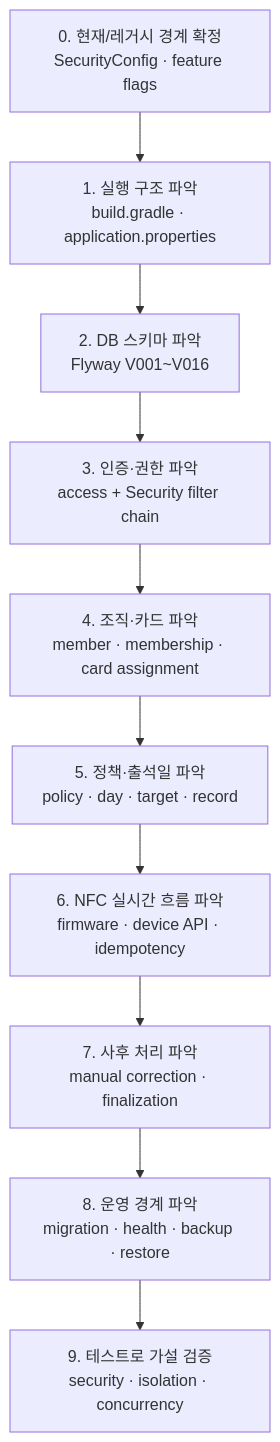
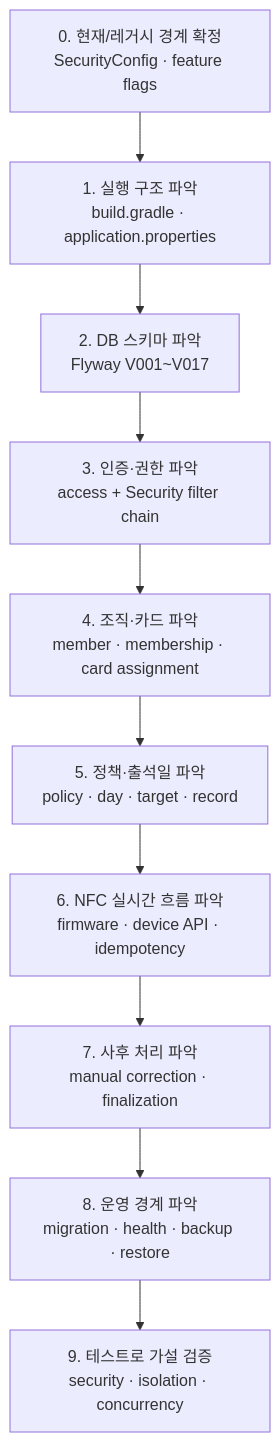
Before and after one commit to jinhokingofworld/attend: the first of 25 diagrams in docs/CURRENT_CODE_STUDY_GUIDE.md, drawn with Mermaid. The commit also changed other lines of this file and 40 other files, not shown here.

````diff
--- a/docs/CURRENT_CODE_STUDY_GUIDE.md
+++ b/docs/CURRENT_CODE_STUDY_GUIDE.md
@@ -28,15 +28,15 @@
 ```mermaid
 flowchart TD
     S0["0. 현재/레거시 경계 확정<br/>SecurityConfig · feature flags"]
     S1["1. 실행 구조 파악<br/>build.gradle · application.properties"]
-    S2["2. DB 스키마 파악<br/>Flyway V001~V016"]
+    S2["2. DB 스키마 파악<br/>Flyway V001~V017"]
     S3["3. 인증·권한 파악<br/>access + Security filter chain"]
     S4["4. 조직·카드 파악<br/>member · membership · card assignment"]
     S5["5. 정책·출석일 파악<br/>policy · day · target · record"]
     S6["6. NFC 실시간 흐름 파악<br/>firmware · device API · idempotency"]
     S7["7. 사후 처리 파악<br/>manual correction · finalization"]
     S8["8. 운영 경계 파악<br/>migration · health · backup · restore"]
     S9["9. 테스트로 가설 검증<br/>security · isolation · concurrency"]
 
     S0 --> S1 --> S2 --> S3 --> S4 --> S5 --> S6 --> S7 --> S8 --> S9
 ```
````
